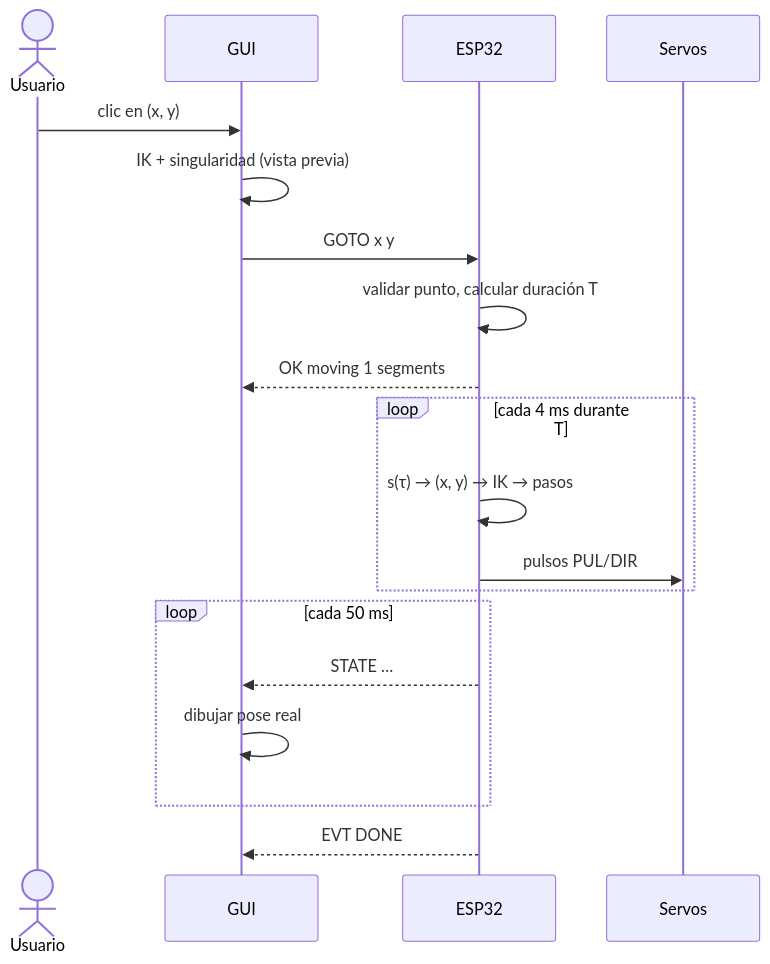
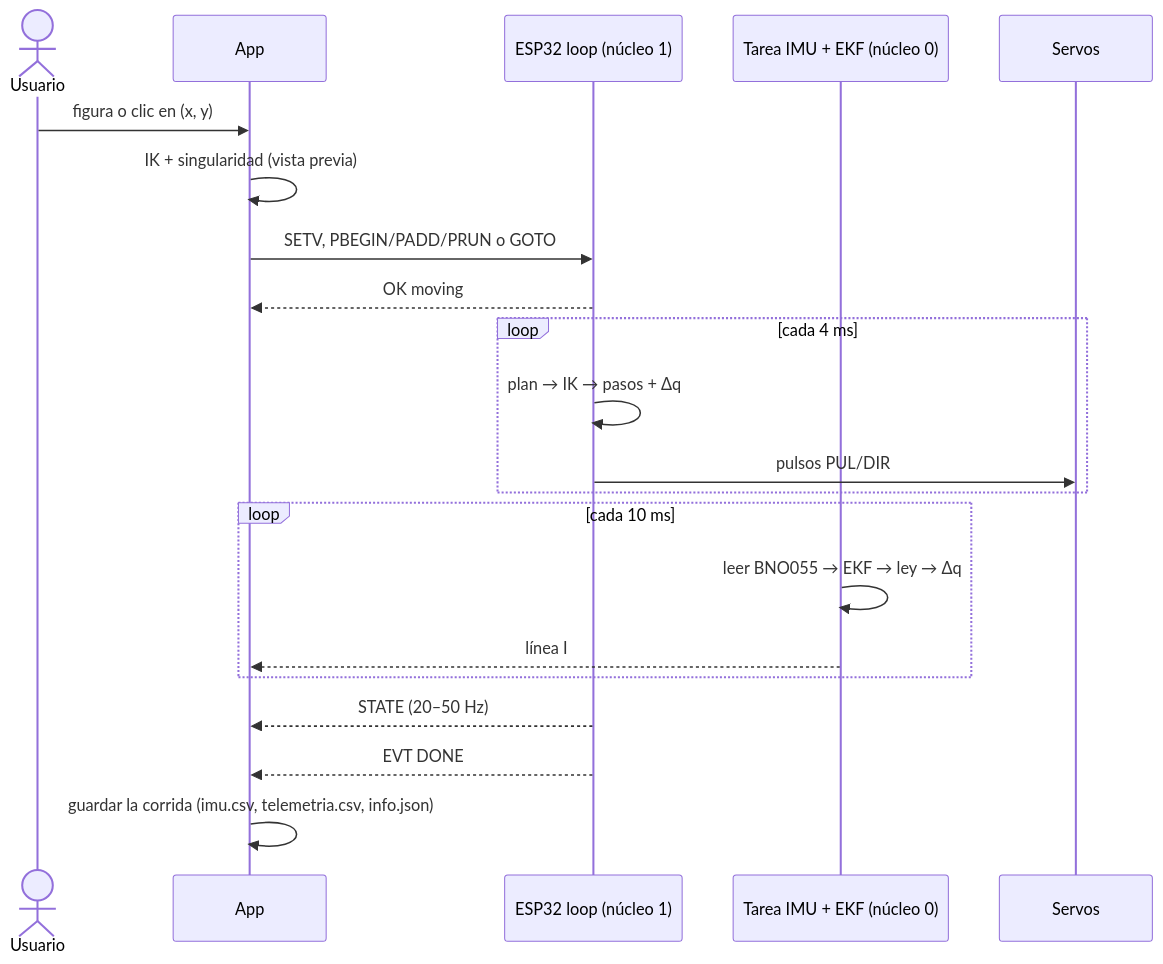
Before and after one commit to Luna-stack133/Robot-5-barras: the third of 4 diagrams in docs/05-arquitectura-software.md, drawn with Mermaid. The commit also changed other lines of this file and 92 other files, not shown here.

````diff
--- a/docs/05-arquitectura-software.md
+++ b/docs/05-arquitectura-software.md
@@ -108,21 +133,23 @@
 ```mermaid
 sequenceDiagram
     actor U as Usuario
-    participant G as GUI
-    participant E as ESP32
+    participant A as App
+    participant L as ESP32 loop (núcleo 1)
+    participant T as Tarea IMU + EKF (núcleo 0)
     participant S as Servos
-    U->>G: clic en (x, y)
-    G->>G: IK + singularidad (vista previa)
-    G->>E: GOTO x y
-    E->>E: validar punto, calcular duración T
-    E-->>G: OK moving 1 segments
-    loop cada 4 ms durante T
-        E->>E: s(τ) → (x, y) → IK → pasos
-        E->>S: pulsos PUL/DIR
+    U->>A: figura o clic en (x, y)
+    A->>A: IK + singularidad (vista previa)
+    A->>L: SETV, PBEGIN/PADD/PRUN o GOTO
+    L-->>A: OK moving
+    loop cada 4 ms
+        L->>L: plan → IK → pasos + Δq
+        L->>S: pulsos PUL/DIR
     end
-    loop cada 50 ms
-        E-->>G: STATE …
-        G->>G: dibujar pose real
+    loop cada 10 ms
+        T->>T: leer BNO055 → EKF → ley → Δq
+        T-->>A: línea I
     end
-    E-->>G: EVT DONE
+    L-->>A: STATE (20–50 Hz)
+    L-->>A: EVT DONE
+    A->>A: guardar la corrida (imu.csv, telemetria.csv, info.json)
 ```
````
